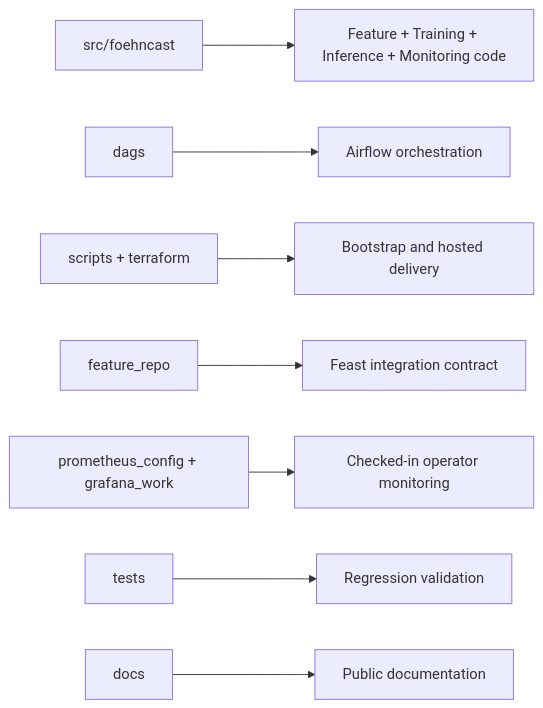
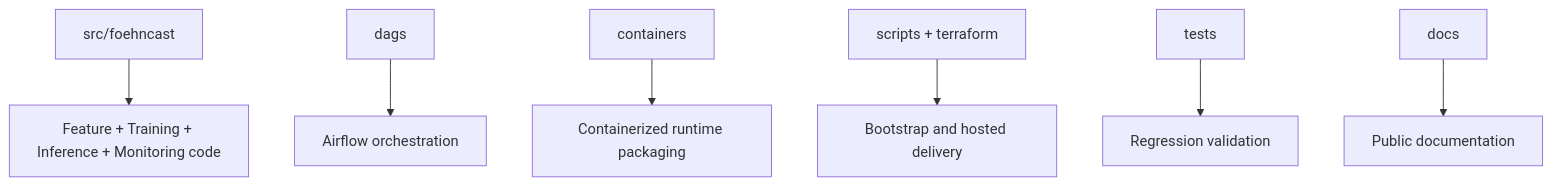
Before and after one commit to javihslu/foehncast: the diagram in docs/site/system/repository.md, drawn with Mermaid. The commit also changed other lines of this file and 22 other files, not shown here.

Commit message:
docs(site): simplify Mermaid diagrams

```diff
--- a/docs/site/system/repository.md
+++ b/docs/site/system/repository.md
@@ -27,10 +28,9 @@
 <div class="mermaid">
-flowchart LR
+flowchart TD
   CODE[src/foehncast] --> APP[Feature + Training + Inference + Monitoring code]
   DAGS[dags] --> ORCH[Airflow orchestration]
+  CNT[containers] --> PACK[Containerized runtime packaging]
   OPS[scripts + terraform] --> DELIV[Bootstrap and hosted delivery]
-  FEAST[feature_repo] --> STORE[Feast integration contract]
-  MON[prometheus_config + grafana_work] --> OBS[Checked-in operator monitoring]
   TESTS[tests] --> VERIFY[Regression validation]
   DOCS[docs] --> SITE[Public documentation]
 </div>
```
